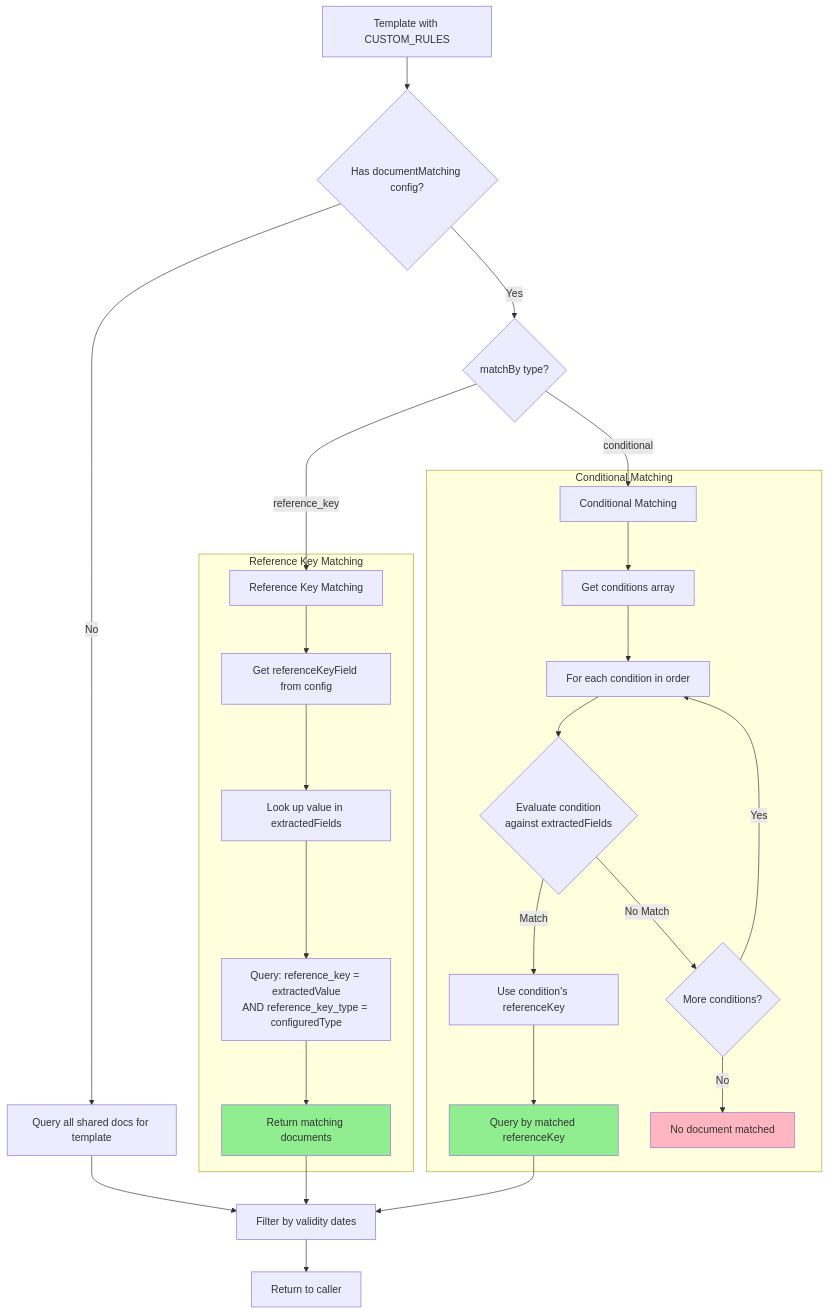
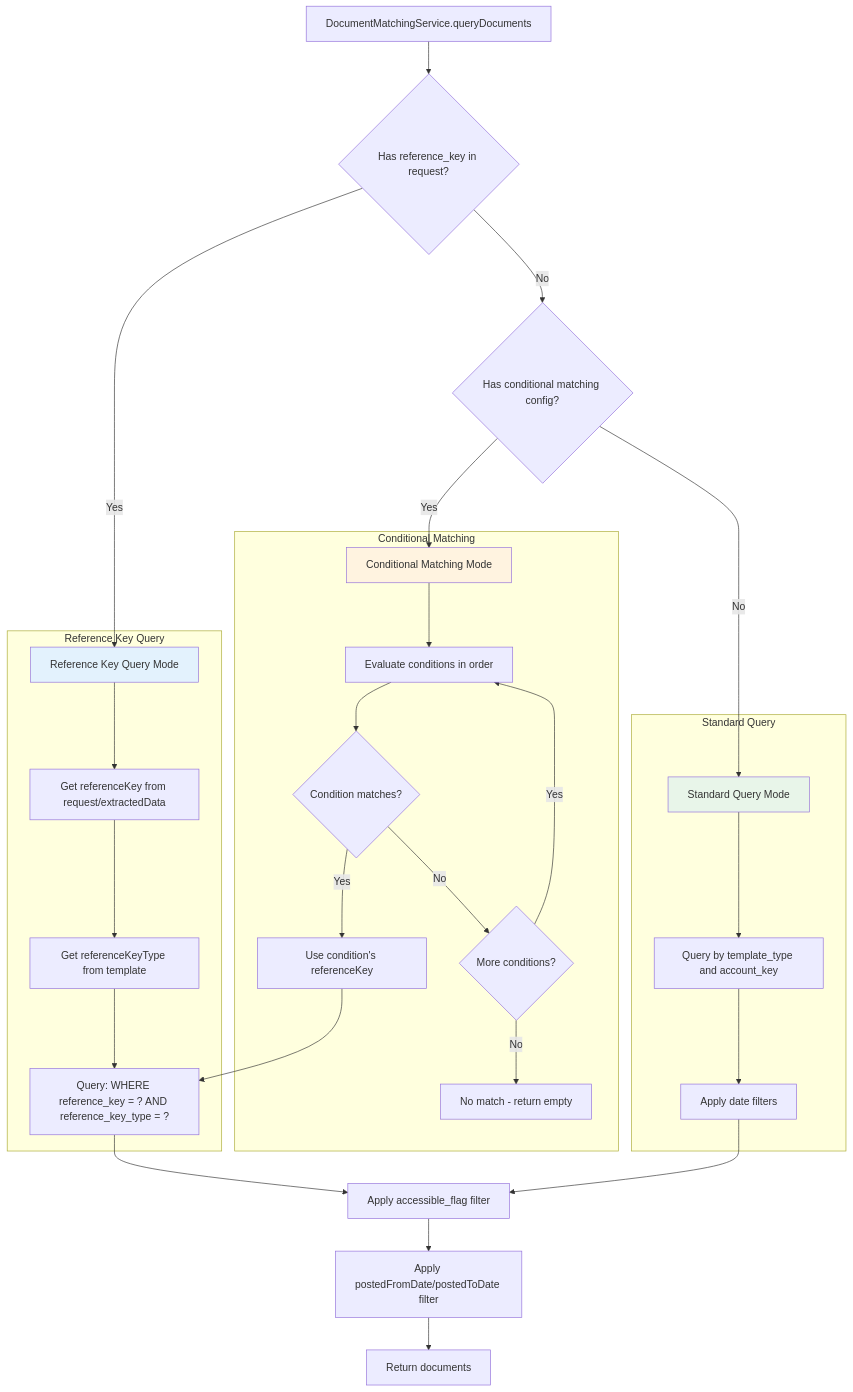
One commit to ghmd86/document-hub changed the eighth of 9 diagrams in fresh-doc-hub-poc/docs/architecture/document-enquiry-flow.md. Above: the diagram before and after it, drawn with Mermaid. The commit also changed other lines of this file, not shown here.

First line of the commit message:
Update sequence diagrams to reflect refactored architecture

````diff
--- a/fresh-doc-hub-poc/docs/architecture/document-enquiry-flow.md
+++ b/fresh-doc-hub-poc/docs/architecture/document-enquiry-flow.md
@@ -615,38 +465,41 @@
 ```mermaid
 flowchart TD
-    A[Template with CUSTOM_RULES] --> B{Has documentMatching config?}
+    A[DocumentMatchingService.queryDocuments] --> B{Has reference_key in request?}
 
-    B -->|No| C[Query all shared docs for template]
+    B -->|Yes| C[Reference Key Query Mode]
+    B -->|No| D{Has conditional matching config?}
 
-    B -->|Yes| D{matchBy type?}
+    D -->|Yes| E[Conditional Matching Mode]
+    D -->|No| F[Standard Query Mode]
 
-    D -->|reference_key| E[Reference Key Matching]
-    D -->|conditional| F[Conditional Matching]
-
-    subgraph "Reference Key Matching"
-        E --> E1[Get referenceKeyField from config]
-        E1 --> E2[Look up value in extractedFields]
-        E2 --> E3[Query: reference_key = extractedValue<br/>AND reference_key_type = configuredType]
-        E3 --> E4[Return matching documents]
+    subgraph "Reference Key Query"
+        C --> C1[Get referenceKey from request/extractedData]
+        C1 --> C2[Get referenceKeyType from template]
+        C2 --> C3[Query: WHERE reference_key = ? AND reference_key_type = ?]
     end
 
     subgraph "Conditional Matching"
-        F --> F1[Get conditions array]
-        F1 --> F2[For each condition in order]
-        F2 --> F3{Evaluate condition<br/>against extractedFields}
-        F3 -->|Match| F4[Use condition's referenceKey]
-        F3 -->|No Match| F5{More conditions?}
-        F5 -->|Yes| F2
-        F5 -->|No| F6[No document matched]
-        F4 --> F7[Query by matched referenceKey]
+        E --> E1[Evaluate conditions in order]
+        E1 --> E2{Condition matches?}
+        E2 -->|Yes| E3[Use condition's referenceKey]
+        E2 -->|No| E4{More conditions?}
+        E4 -->|Yes| E1
+        E4 -->|No| E5[No match - return empty]
+        E3 --> C3
     end
 
-    C --> G[Filter by validity dates]
-    E4 --> G
-    F7 --> G
-    G --> H[Return to caller]
+    subgraph "Standard Query"
+        F --> F1[Query by template_type and account_key]
+        F1 --> F2[Apply date filters]
+    end
 
-    style E4 fill:#90EE90
-    style F7 fill:#90EE90
-    style F6 fill:#FFB6C1
+    C3 --> G[Apply accessible_flag filter]
+    F2 --> G
+
+    G --> H[Apply postedFromDate/postedToDate filter]
+    H --> I[Return documents]
+
+    style C fill:#e3f2fd
+    style E fill:#fff3e0
+    style F fill:#e8f5e9
 ```
````
